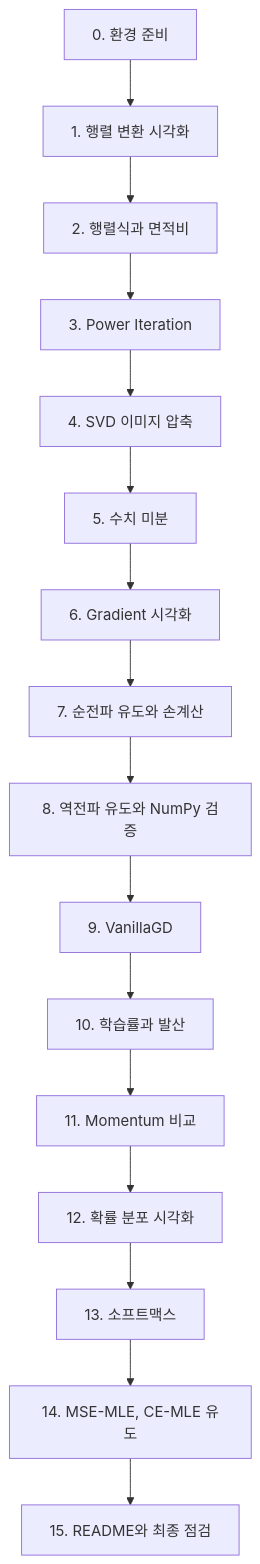
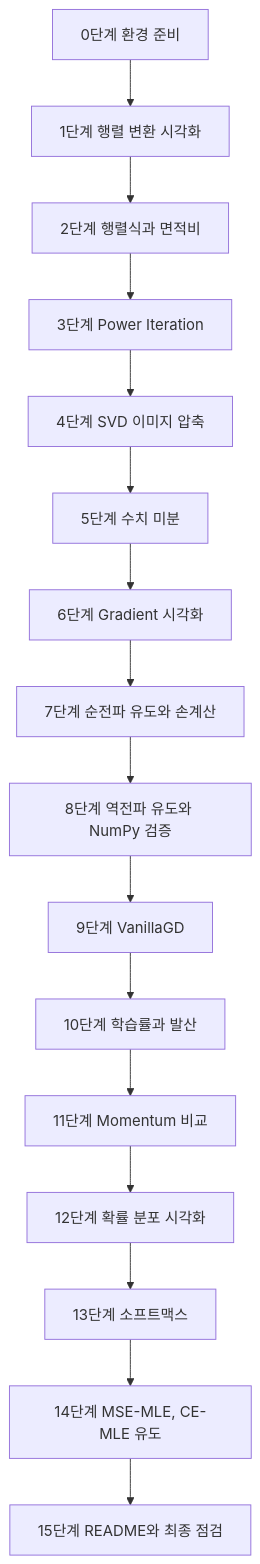
One commit to hkk-cody/A2-1 changed the diagram in docs/WALKTHROUGH.md. Above: the diagram before and after it, drawn with Mermaid. The commit also changed other lines of this file, not shown here.

Commit message:
문서 검토 반영: 계산·API·설명 오류 수정

````diff
--- a/docs/WALKTHROUGH.md
+++ b/docs/WALKTHROUGH.md
@@ -28,18 +28,18 @@
 ```mermaid
 flowchart TD
-    S0[0. 환경 준비] --> S1[1. 행렬 변환 시각화]
-    S1 --> S2[2. 행렬식과 면적비]
-    S2 --> S3[3. Power Iteration]
-    S3 --> S4[4. SVD 이미지 압축]
-    S4 --> S5[5. 수치 미분]
-    S5 --> S6[6. Gradient 시각화]
-    S6 --> S7[7. 순전파 유도와 손계산]
-    S7 --> S8[8. 역전파 유도와 NumPy 검증]
-    S8 --> S9[9. VanillaGD]
-    S9 --> S10[10. 학습률과 발산]
-    S10 --> S11[11. Momentum 비교]
-    S11 --> S12[12. 확률 분포 시각화]
-    S12 --> S13[13. 소프트맥스]
-    S13 --> S14[14. MSE-MLE, CE-MLE 유도]
-    S14 --> S15[15. README와 최종 점검]
+    S0[0단계 환경 준비] --> S1[1단계 행렬 변환 시각화]
+    S1 --> S2[2단계 행렬식과 면적비]
+    S2 --> S3[3단계 Power Iteration]
+    S3 --> S4[4단계 SVD 이미지 압축]
+    S4 --> S5[5단계 수치 미분]
+    S5 --> S6[6단계 Gradient 시각화]
+    S6 --> S7[7단계 순전파 유도와 손계산]
+    S7 --> S8[8단계 역전파 유도와 NumPy 검증]
+    S8 --> S9[9단계 VanillaGD]
+    S9 --> S10[10단계 학습률과 발산]
+    S10 --> S11[11단계 Momentum 비교]
+    S11 --> S12[12단계 확률 분포 시각화]
+    S12 --> S13[13단계 소프트맥스]
+    S13 --> S14[14단계 MSE-MLE, CE-MLE 유도]
+    S14 --> S15[15단계 README와 최종 점검]
 ```
````
